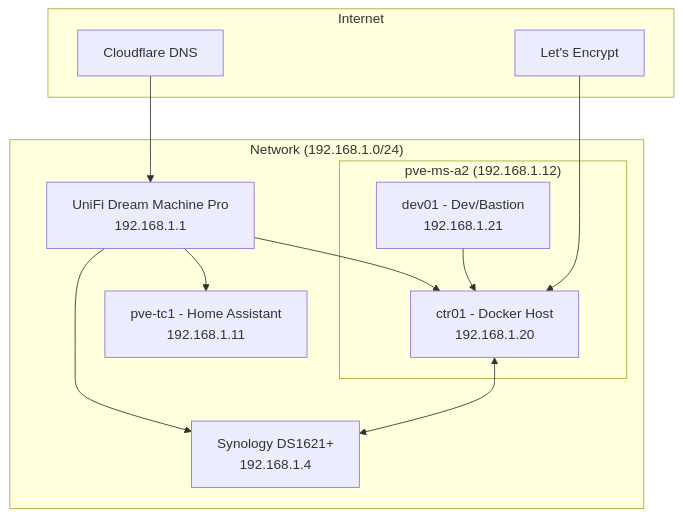
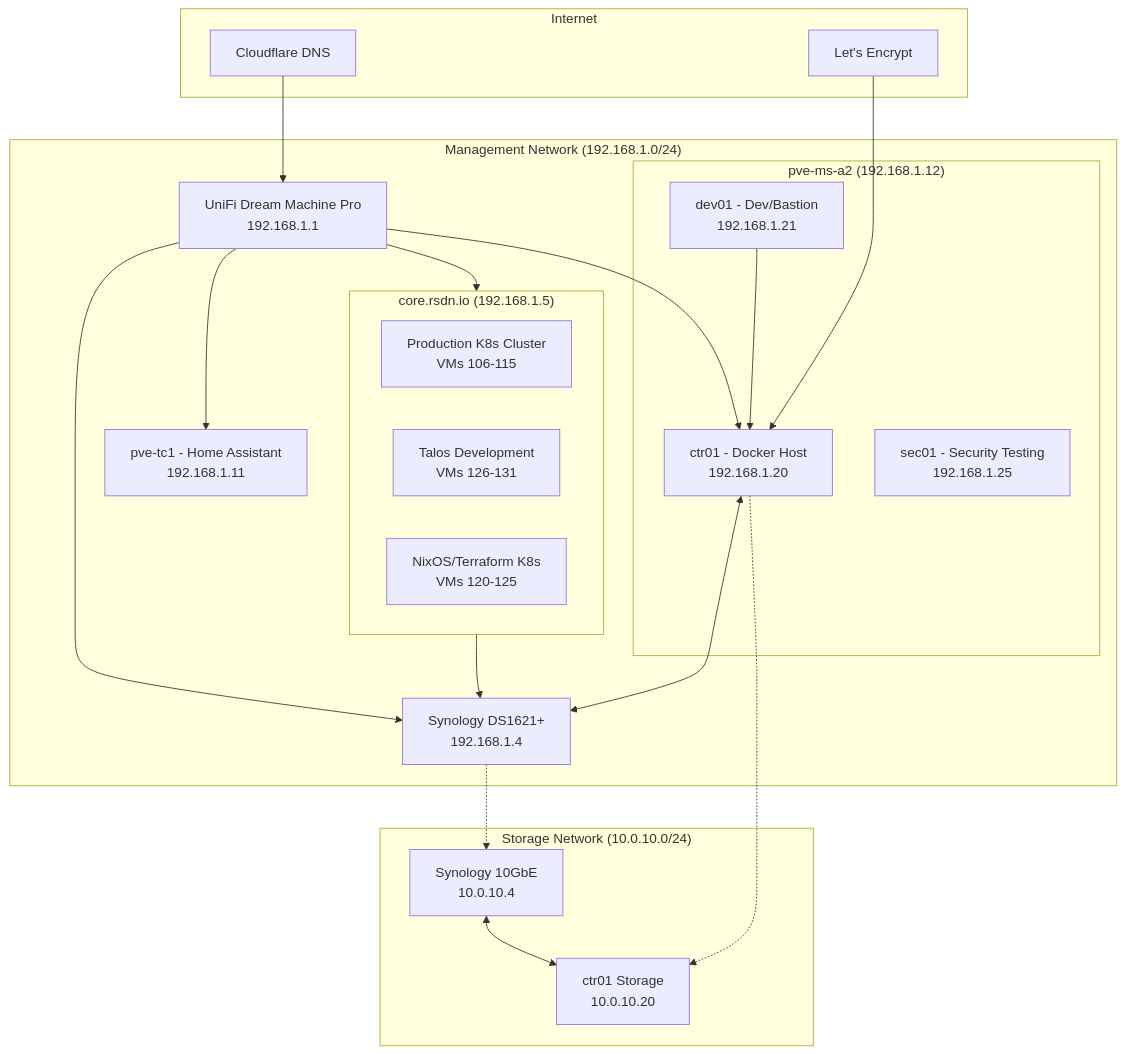
The first of 2 diagrams in docs/architecture/index.md (johnstetter/homelab-docs), drawn with Mermaid before and after one commit. The commit also changed other lines of this file, not shown here.

First line of the commit message:
docs(architecture): update diagrams for hybrid infrastructure

````diff
--- a/docs/architecture/index.md
+++ b/docs/architecture/index.md
@@ -15,27 +15,48 @@
 ```mermaid
 graph TB
     subgraph Internet
         CF[Cloudflare DNS]
         LE[Let's Encrypt]
     end
 
-    subgraph Network["Network (192.168.1.0/24)"]
+    subgraph Network["Management Network (192.168.1.0/24)"]
         RTR[UniFi Dream Machine Pro<br/>192.168.1.1]
 
-        subgraph Proxmox["pve-ms-a2 (192.168.1.12)"]
+        subgraph MS_A2["pve-ms-a2 (192.168.1.12)"]
             CTR01[ctr01 - Docker Host<br/>192.168.1.20]
             DEV01[dev01 - Dev/Bastion<br/>192.168.1.21]
+            SEC01[sec01 - Security Testing<br/>192.168.1.25]
+        end
+
+        subgraph CORE["core.rsdn.io (192.168.1.5)"]
+            K8S_PROD[Production K8s Cluster<br/>VMs 106-115]
+            TALOS_DEV[Talos Development<br/>VMs 126-131]
+            K8S_DEV[NixOS/Terraform K8s<br/>VMs 120-125]
         end
 
         SYN[Synology DS1621+<br/>192.168.1.4]
         TC1[pve-tc1 - Home Assistant<br/>192.168.1.11]
+    end
+
+    subgraph Storage["Storage Network (10.0.10.0/24)"]
+        SYN10G[Synology 10GbE<br/>10.0.10.4]
+        CTR01_10G[ctr01 Storage<br/>10.0.10.20]
     end
 
     CF --> RTR
     LE --> CTR01
     RTR --> CTR01
     RTR --> SYN
     RTR --> TC1
+    RTR --> CORE
     CTR01 <--> SYN
     DEV01 --> CTR01
+    
+    %% 10GbE Storage Network
+    SYN10G <--> CTR01_10G
+    CTR01 -.-> CTR01_10G
+    SYN -.-> SYN10G
+
+    %% K8s Clusters
+    CORE --> SYN
 ```
````
